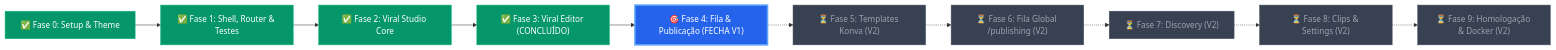
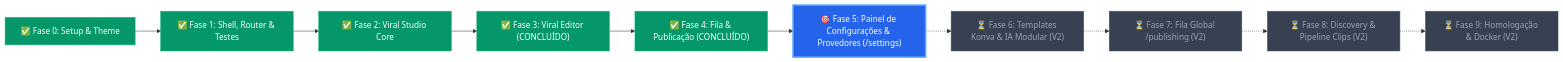
One commit to luis-henrique-carvalho/viralforge changed the diagram in docs/plano-migracao-frontend.md. Above: the diagram before and after it, drawn with Mermaid. The commit also changed other lines of this file and 4 other files, not shown here.

Commit message:
docs: add phase 5 architectural specification and domain context for settings and provider infrastructure

````diff
--- a/docs/plano-migracao-frontend.md
+++ b/docs/plano-migracao-frontend.md
@@ -218,20 +218,20 @@
 ```mermaid
 flowchart LR
     Fase0["✅ Fase 0: Setup & Theme"] --> Fase1["✅ Fase 1: Shell, Router & Testes"]
     Fase1 --> Fase2["✅ Fase 2: Viral Studio Core"]
     Fase2 --> Fase3["✅ Fase 3: Viral Editor (CONCLUÍDO)"]
-    Fase3 --> Fase4["🎯 Fase 4: Fila & Publicação (FECHA V1)"]
-    Fase4 -.-> Fase5["⏳ Fase 5: Templates Konva (V2)"]
-    Fase5 -.-> Fase6["⏳ Fase 6: Fila Global /publishing (V2)"]
-    Fase6 -.-> Fase7["⏳ Fase 7: Discovery (V2)"]
-    Fase7 -.-> Fase8["⏳ Fase 8: Clips & Settings (V2)"]
+    Fase3 --> Fase4["✅ Fase 4: Fila & Publicação (CONCLUÍDO)"]
+    Fase4 --> Fase5["🎯 Fase 5: Painel de Configurações & Provedores (/settings)"]
+    Fase5 -.-> Fase6["⏳ Fase 6: Templates Konva & IA Modular (V2)"]
+    Fase6 -.-> Fase7["⏳ Fase 7: Fila Global /publishing (V2)"]
+    Fase7 -.-> Fase8["⏳ Fase 8: Discovery & Pipeline Clips (V2)"]
     Fase8 -.-> Fase9["⏳ Fase 9: Homologação & Docker (V2)"]
 
     classDef completed fill:#059669,stroke:#10b981,color:#ffffff;
     classDef current fill:#2563eb,stroke:#60a5fa,color:#ffffff,stroke-width:3px;
     classDef pending fill:#374151,stroke:#4b5563,color:#9ca3af;
 
-    class Fase0,Fase1,Fase2,Fase3 completed;
-    class Fase4 current;
-    class Fase5,Fase6,Fase7,Fase8,Fase9 pending;
+    class Fase0,Fase1,Fase2,Fase3,Fase4 completed;
+    class Fase5 current;
+    class Fase6,Fase7,Fase8,Fase9 pending;
 ```
````
